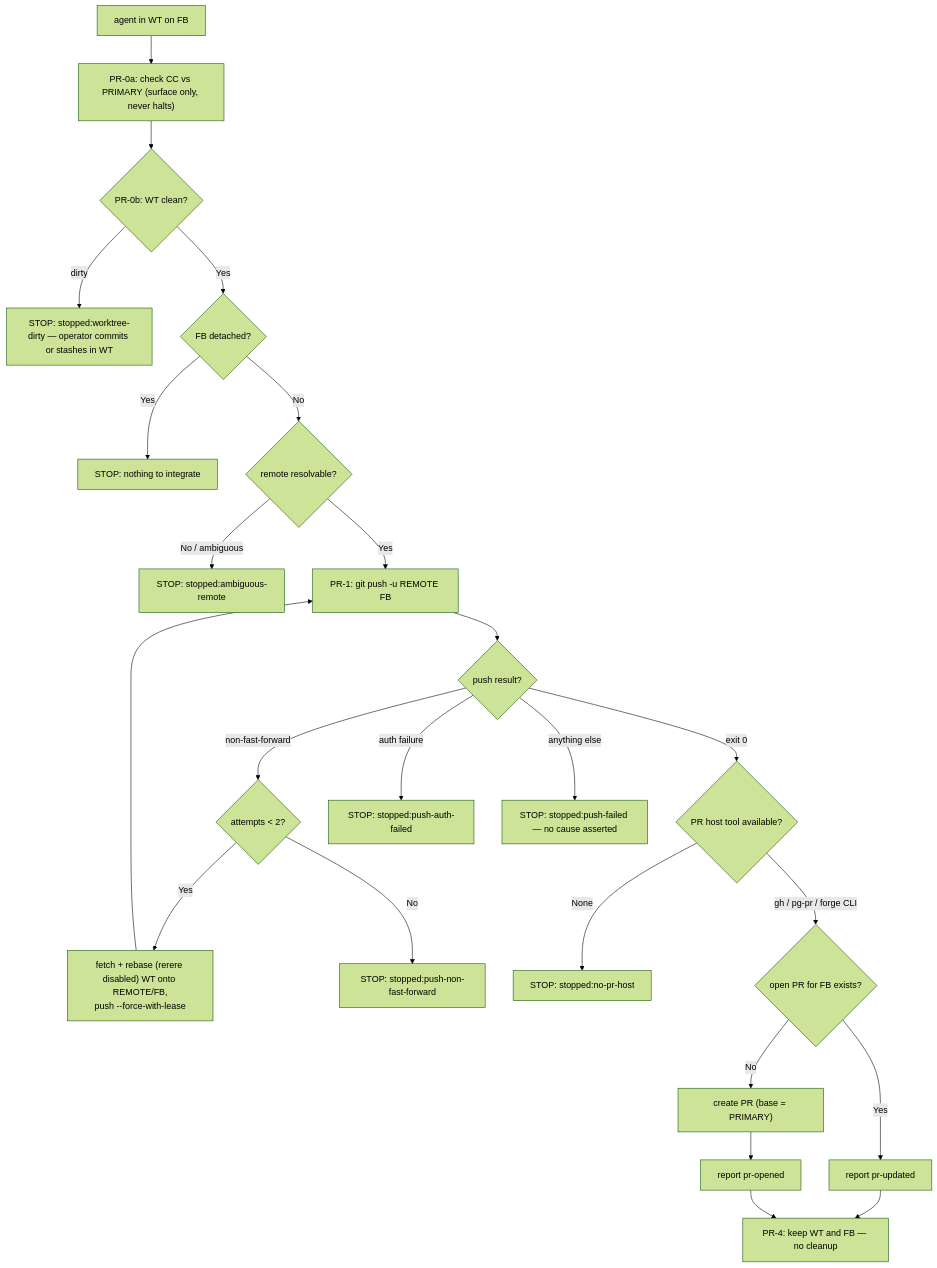
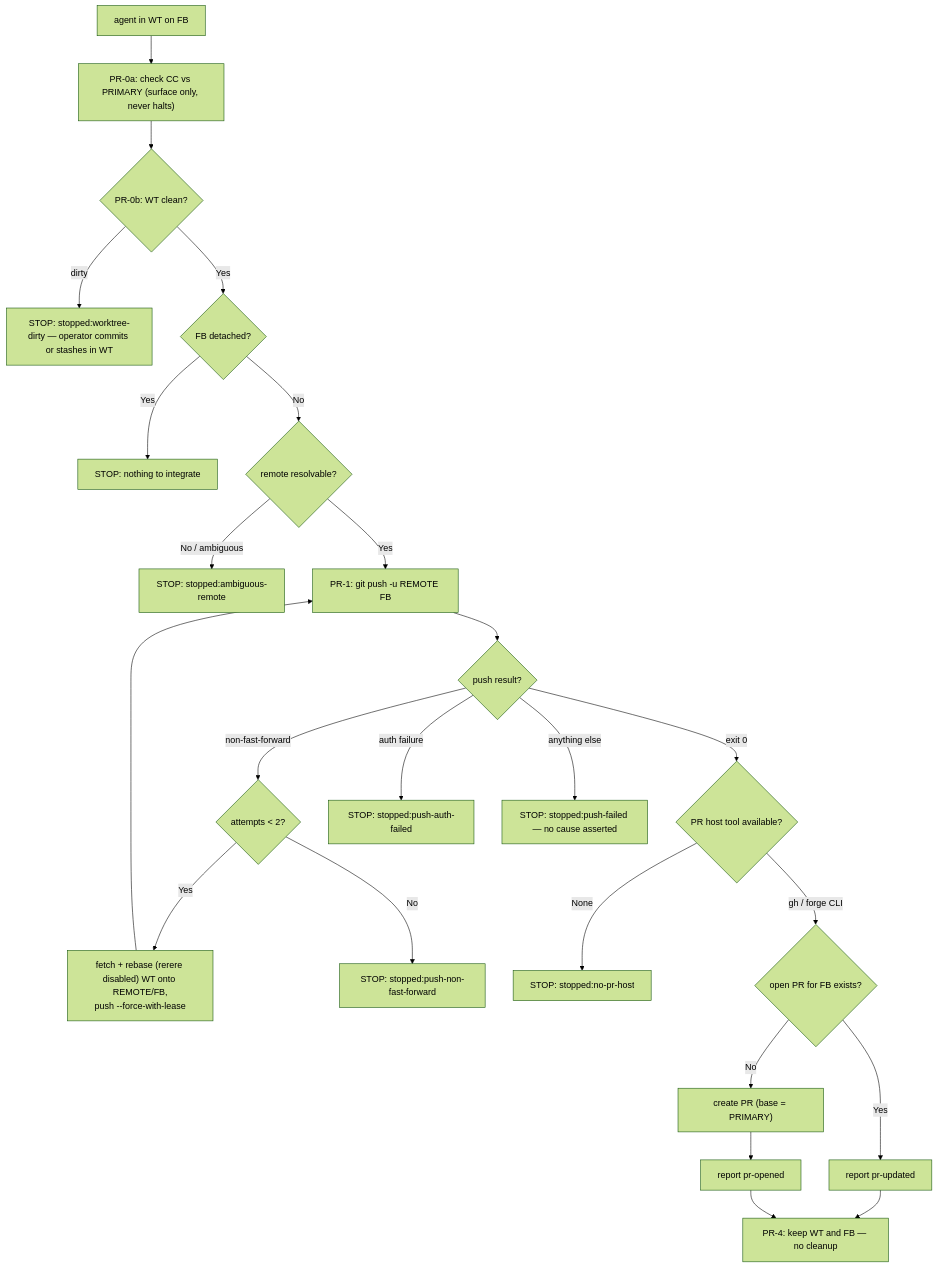
Before and after one commit to phillipgreenii/nix-agent-support: the diagram in claude-marketplace/integrate-branch/skills/pull-request/SKILL.md, drawn with Mermaid (forest theme). The commit also changed other lines of this file and 284 other files, not shown here.

````diff
--- a/claude-marketplace/integrate-branch/skills/pull-request/SKILL.md
+++ b/claude-marketplace/integrate-branch/skills/pull-request/SKILL.md
@@ -307,24 +294,24 @@
 ```mermaid
 flowchart TD
     A["agent in WT on FB"] --> P0A["PR-0a: check CC vs PRIMARY (surface only, never halts)"]
     P0A --> P0B{"PR-0b: WT clean?"}
     P0B -->|"dirty"| S7["STOP: stopped:worktree-dirty — operator commits or stashes in WT"]
     P0B -->|Yes| D{"FB detached?"}
     D -->|Yes| S0[STOP: nothing to integrate]
     D -->|No| R{"remote resolvable?"}
     R -->|No / ambiguous| S1[STOP: stopped:ambiguous-remote]
     R -->|Yes| PUSH["PR-1: git push -u REMOTE FB"]
     PUSH --> PRES{"push result?"}
     PRES -->|"exit 0"| HOST{"PR host tool available?"}
     PRES -->|"non-fast-forward"| RETRY{"attempts < 2?"}
     RETRY -->|Yes| REB["fetch + rebase (rerere disabled) WT onto REMOTE/FB,\npush --force-with-lease"] --> PUSH
     RETRY -->|No| S8["STOP: stopped:push-non-fast-forward"]
     PRES -->|"auth failure"| S9["STOP: stopped:push-auth-failed"]
     PRES -->|"anything else"| S10["STOP: stopped:push-failed — no cause asserted"]
     HOST -->|None| S2[STOP: stopped:no-pr-host]
-    HOST -->|gh / pg-pr / forge CLI| PROBE{"open PR for FB exists?"}
+    HOST -->|gh / forge CLI| PROBE{"open PR for FB exists?"}
     PROBE -->|Yes| UPD["report pr-updated"]
     PROBE -->|No| CREATE["create PR (base = PRIMARY)"] --> OPEN["report pr-opened"]
     UPD --> KEEP["PR-4: keep WT and FB — no cleanup"]
     OPEN --> KEEP
 ```
````
